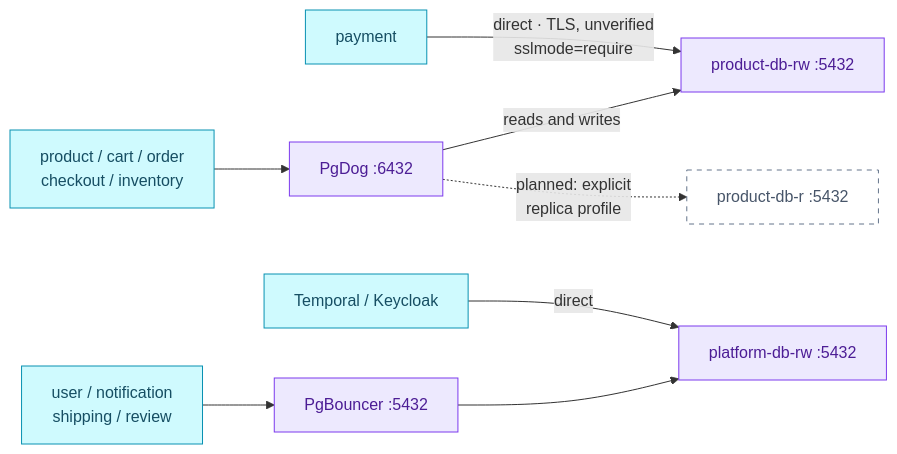
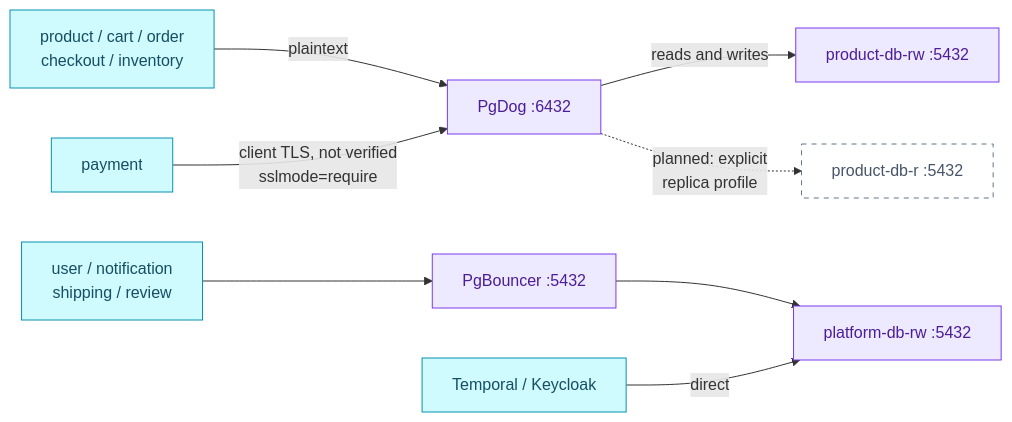
One commit to duynhlab/homelab changed the diagram in docs/databases/poolers.md. Above: the diagram before and after it, drawn with Mermaid. The commit also changed other lines of this file and 59 other files, not shown here.

````diff
--- a/docs/databases/poolers.md
+++ b/docs/databases/poolers.md
@@ -34,18 +34,18 @@
 ```mermaid
 flowchart LR
-    ProductClients["product / cart / order<br/>checkout / inventory"] --> PgDog["PgDog :6432"]
+    ProductClients["product / cart / order<br/>checkout / inventory"] -->|"plaintext"| PgDog["PgDog :6432"]
+    Payment["payment"] -->|"client TLS, not verified<br/>sslmode=require"| PgDog
     PgDog -->|"reads and writes"| ProductRW["product-db-rw :5432"]
     PgDog -.->|"planned: explicit<br/>replica profile"| ProductR["product-db-r :5432"]
-    Payment["payment"] -->|"direct · TLS, unverified<br/>sslmode=require"| ProductRW
 
     PlatformClients["user / notification<br/>shipping / review"] --> PgBouncer["PgBouncer :5432"]
     PgBouncer --> PlatformRW["platform-db-rw :5432"]
     Direct["Temporal / Keycloak"] -->|"direct"| PlatformRW
 
     classDef service fill:#cffafe,color:#164e63,stroke:#0891b2;
     classDef platform fill:#ede9fe,color:#4c1d95,stroke:#7c3aed;
     class ProductClients,Payment,PlatformClients,Direct service;
     classDef planned fill:#fff,color:#475569,stroke:#64748b,stroke-dasharray:5 5;
     class PgDog,PgBouncer,ProductRW,PlatformRW platform;
     class ProductR planned;
 ```
````
